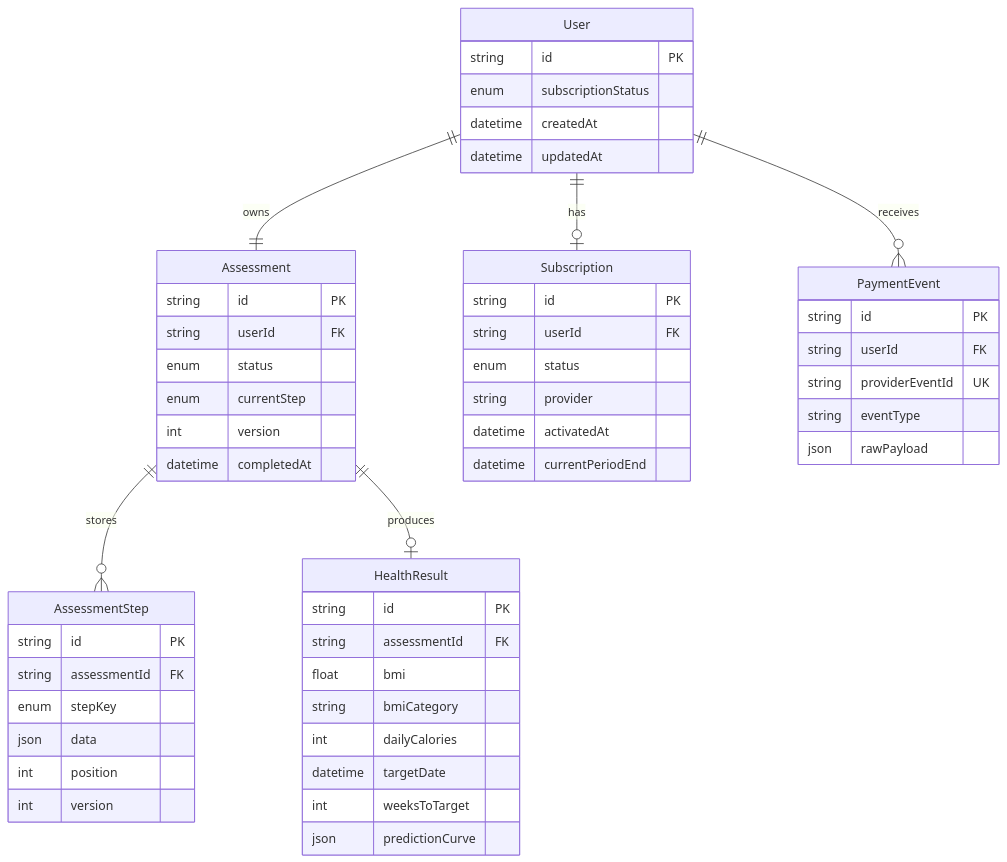
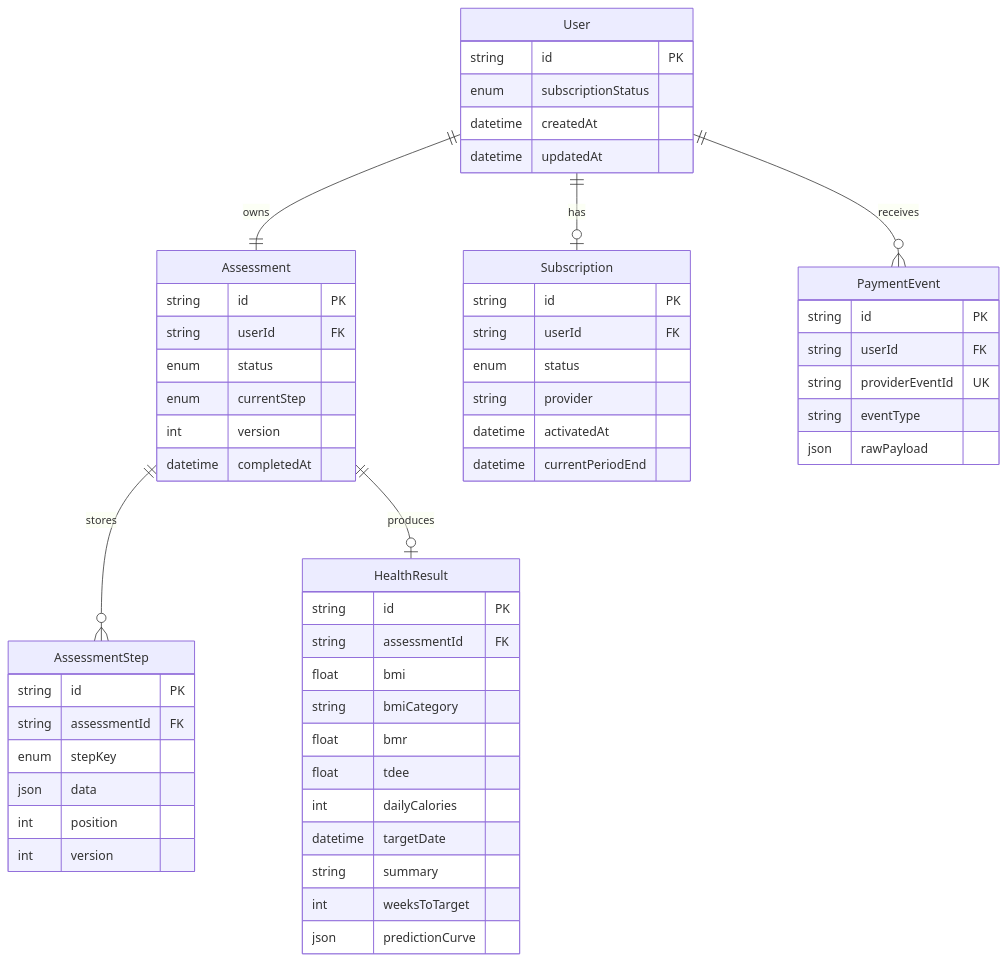
One commit to CheneyWwW/Full-stack-Challenge changed the diagram in README.md. Above: the diagram before and after it, drawn with Mermaid. The commit also changed other lines of this file and 26 other files, not shown here.

````diff
--- a/README.md
+++ b/README.md
@@ -232,61 +262,64 @@
 ```mermaid
 erDiagram
   User ||--|| Assessment : owns
   User ||--o| Subscription : has
   User ||--o{ PaymentEvent : receives
   Assessment ||--o{ AssessmentStep : stores
   Assessment ||--o| HealthResult : produces
 
   User {
     string id PK
     enum subscriptionStatus
     datetime createdAt
     datetime updatedAt
   }
 
   Assessment {
     string id PK
     string userId FK
     enum status
     enum currentStep
     int version
     datetime completedAt
   }
 
   AssessmentStep {
     string id PK
     string assessmentId FK
     enum stepKey
     json data
     int position
     int version
   }
 
   HealthResult {
     string id PK
     string assessmentId FK
     float bmi
     string bmiCategory
+    float bmr
+    float tdee
     int dailyCalories
     datetime targetDate
+    string summary
     int weeksToTarget
     json predictionCurve
   }
 
   Subscription {
     string id PK
     string userId FK
     enum status
     string provider
     datetime activatedAt
     datetime currentPeriodEnd
   }
 
   PaymentEvent {
     string id PK
     string userId FK
     string providerEventId UK
     string eventType
     json rawPayload
   }
 ```
````
